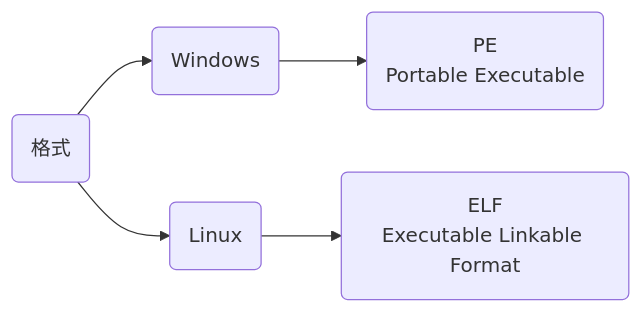
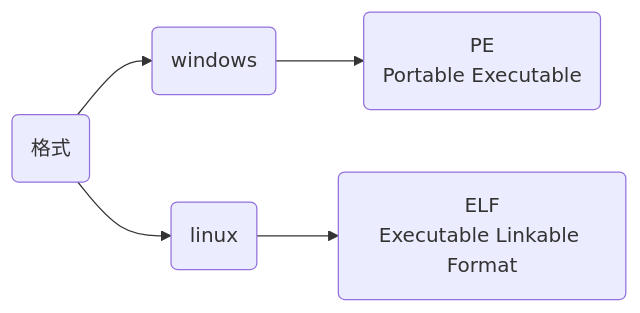
Before and after one commit to dmjcb/dmjcb.github.io: the fifth of 8 diagrams in _posts/language/c_c++/compile/2021-06-15-编译过程.md, drawn with Mermaid. The commit also changed other lines of this file and 28 other files, not shown here.

````diff
--- a/_posts/language/c_c++/compile/2021-06-15-编译过程.md
+++ b/_posts/language/c_c++/compile/2021-06-15-编译过程.md
@@ -250,6 +246,6 @@
 ```mermaid
 graph LR;
     A(格式)
-    A --> B(Windows) --> B1(PE<br>Portable Executable)
-    A --> C(Linux) --> C1(ELF<br>Executable Linkable Format)
+    A --> B(windows) --> B1(PE<br>Portable Executable)
+    A --> C(linux) --> C1(ELF<br>Executable Linkable Format)
 ```
````
